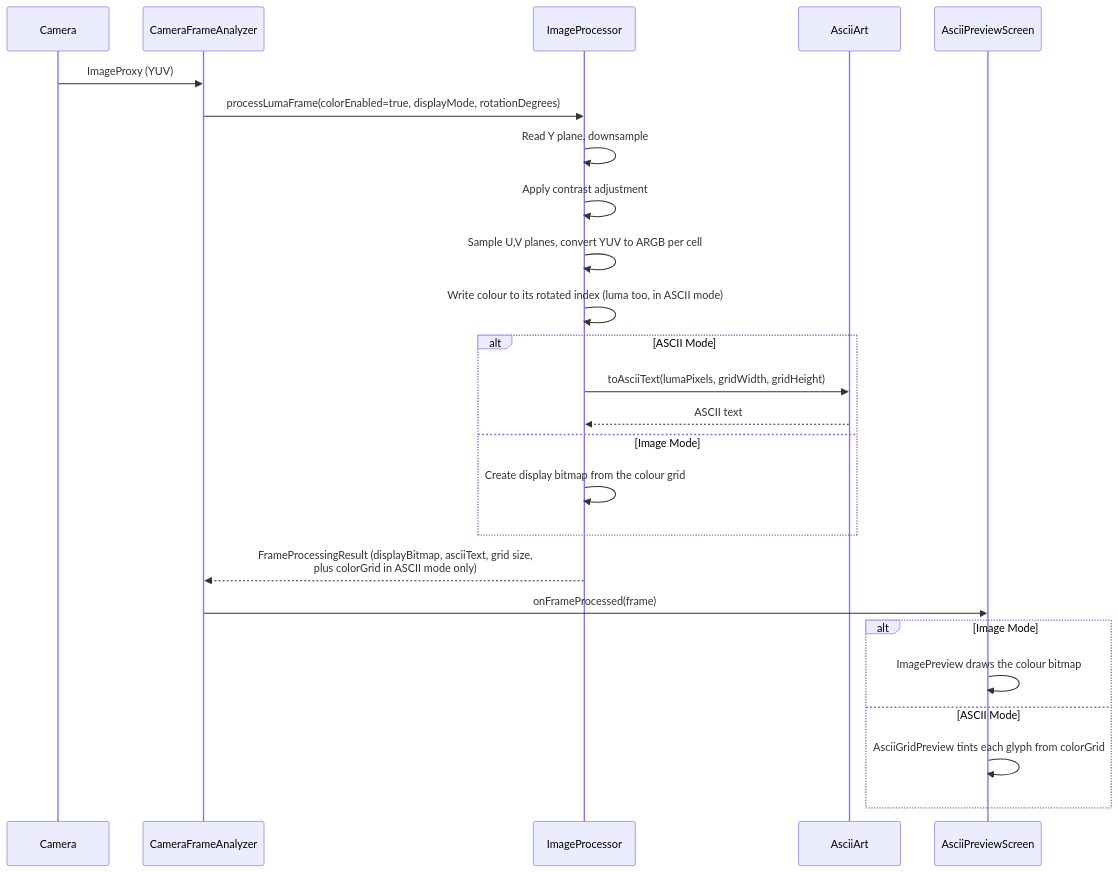
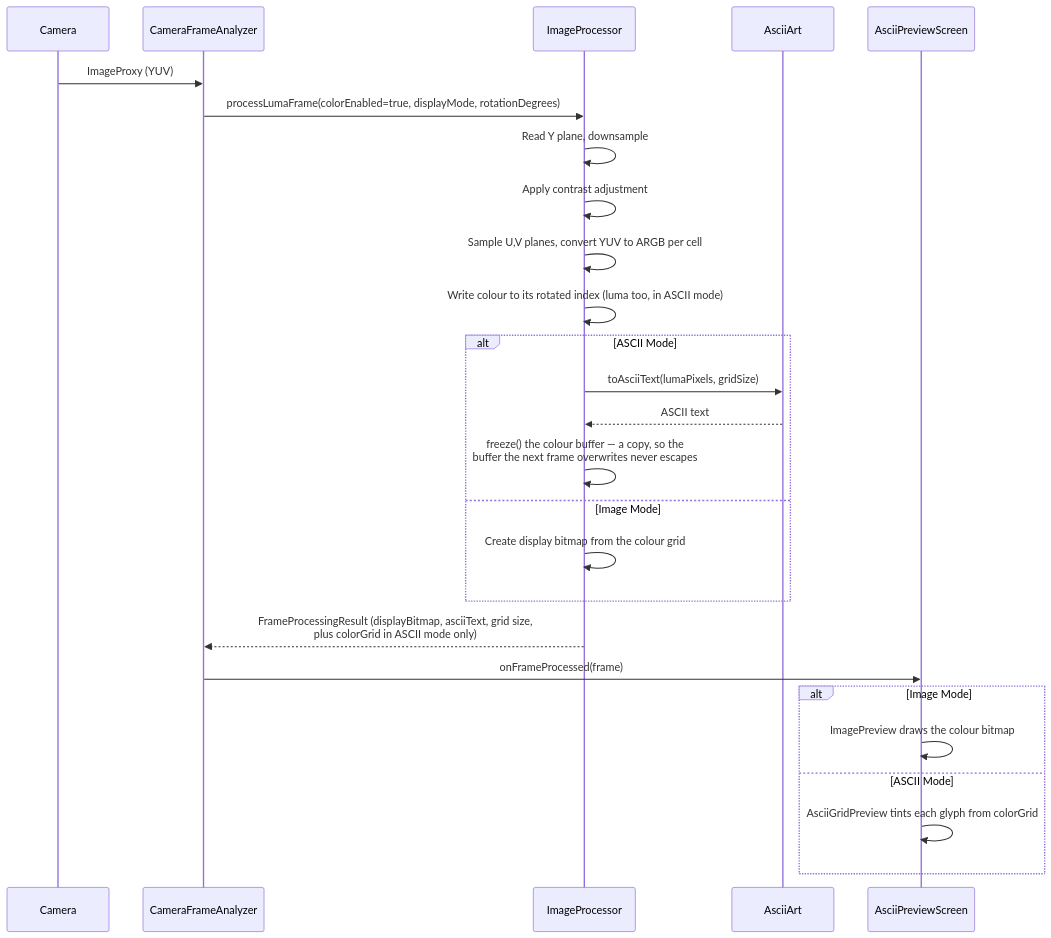
Before and after one commit to replicant1/AsciiArt: the diagram in docs/sequence-colour.mmd, drawn with Mermaid. The commit also changed 8 other files, not shown here.

First line of the commit message:
Document PixelGrid, PixelBuffer and GridSize

```diff
--- a/docs/sequence-colour.mmd
+++ b/docs/sequence-colour.mmd
@@ -1,26 +1,27 @@
 sequenceDiagram
     participant Camera
     participant CFA as CameraFrameAnalyzer
     participant IP as ImageProcessor
     participant AA as AsciiArt
     participant UI as AsciiPreviewScreen
 
     Camera->>CFA: ImageProxy (YUV)
     CFA->>IP: processLumaFrame(colorEnabled=true, displayMode, rotationDegrees)
     IP->>IP: Read Y plane, downsample
     IP->>IP: Apply contrast adjustment
     IP->>IP: Sample U,V planes, convert YUV to ARGB per cell
     IP->>IP: Write colour to its rotated index (luma too, in ASCII mode)
     alt ASCII Mode
-        IP->>AA: toAsciiText(lumaPixels, gridWidth, gridHeight)
+        IP->>AA: toAsciiText(lumaPixels, gridSize)
         AA-->>IP: ASCII text
+        IP->>IP: freeze() the colour buffer — a copy, so the<br/>buffer the next frame overwrites never escapes
     else Image Mode
         IP->>IP: Create display bitmap from the colour grid
     end
     IP-->>CFA: FrameProcessingResult (displayBitmap, asciiText, grid size,<br/>plus colorGrid in ASCII mode only)
     CFA->>UI: onFrameProcessed(frame)
     alt Image Mode
         UI->>UI: ImagePreview draws the colour bitmap
     else ASCII Mode
         UI->>UI: AsciiGridPreview tints each glyph from colorGrid
     end
```
